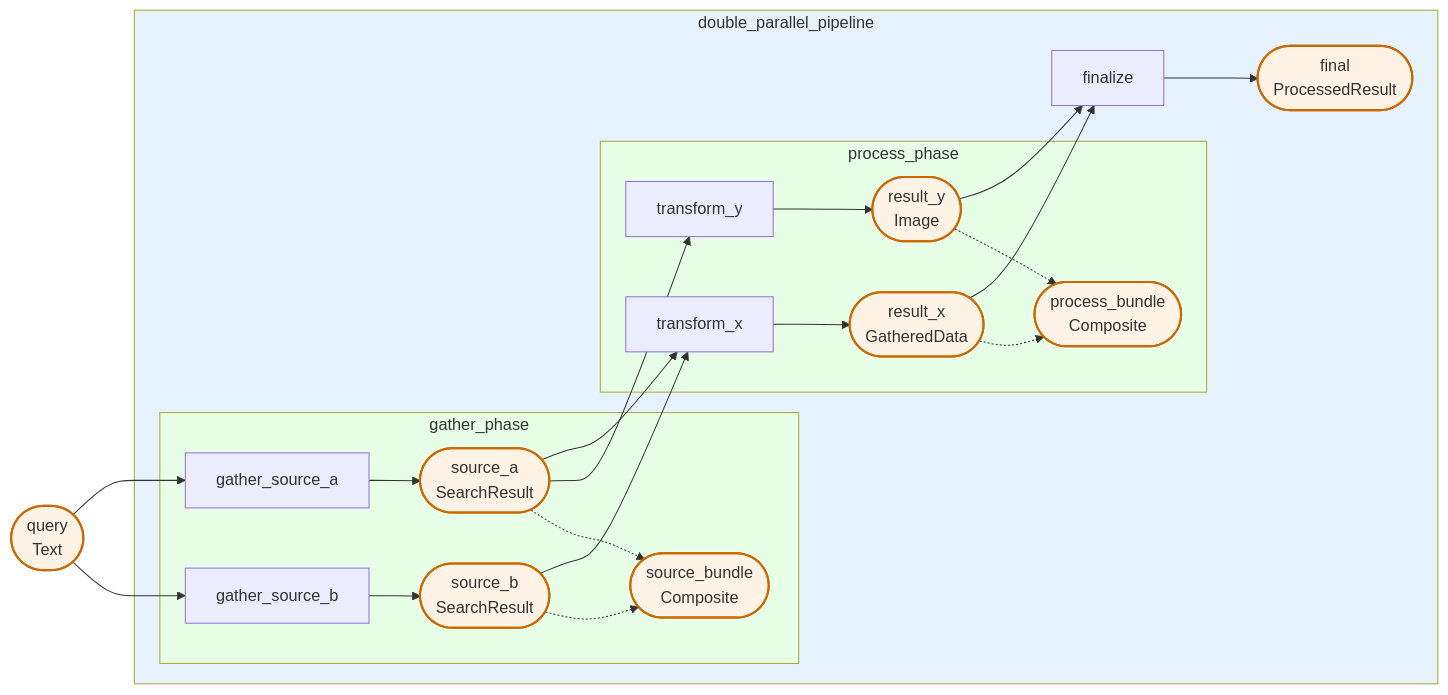
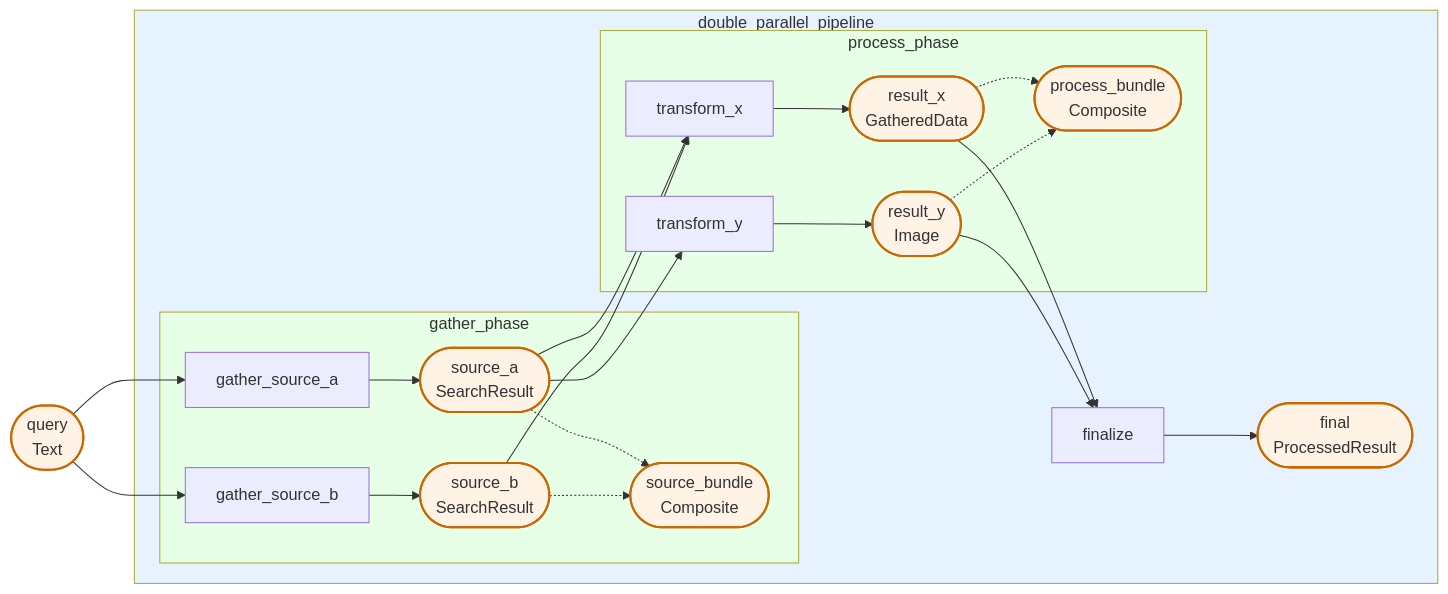
Before and after one commit to Pipelex/mthds-ui: the diagram in data/pipelines/pipeline_23/dry_run_mermaidflow.mmd, drawn with Mermaid. The commit also changed 189 other files, not shown here.

```diff
--- a/data/pipelines/pipeline_23/dry_run_mermaidflow.mmd
+++ b/data/pipelines/pipeline_23/dry_run_mermaidflow.mmd
@@ -1,54 +1,54 @@
 flowchart LR
 
     %% Pipe and stuff nodes within controller subgraphs
-    subgraph sg_n_d3abfe0563["double_parallel_pipeline"]
-        subgraph sg_n_f959411270["gather_phase"]
-            n_c912378372["gather_source_a"]
-            s_5ea8952d61(["source_a<br/>SearchResult"]):::stuff
-            n_e63e45ee04["gather_source_b"]
-            s_fdb34050de(["source_b<br/>SearchResult"]):::stuff
-            s_96a6ab8606(["source_bundle<br/>Composite"]):::stuff
+    subgraph sg_n_08cf1dd881["double_parallel_pipeline"]
+        subgraph sg_n_7a09e63ee6["gather_phase"]
+            n_298ab30245["gather_source_a"]
+            s_a355ad7a3d(["source_a<br/>SearchResult"]):::stuff
+            n_0002521e92["gather_source_b"]
+            s_2757c169f3(["source_b<br/>SearchResult"]):::stuff
+            s_3b94f10321(["source_bundle<br/>Composite"]):::stuff
         end
-        subgraph sg_n_8cbfc1bd77["process_phase"]
-            n_a787ce2550["transform_x"]
-            s_067375575a(["result_x<br/>GatheredData"]):::stuff
-            n_f9c15ab561["transform_y"]
-            s_e5033334fa(["result_y<br/>Image"]):::stuff
-            s_13042c461f(["process_bundle<br/>Composite"]):::stuff
+        subgraph sg_n_646e446d10["process_phase"]
+            n_af8dc729d5["transform_x"]
+            s_9109a8974e(["result_x<br/>GatheredData"]):::stuff
+            n_1eea646cf3["transform_y"]
+            s_b966980475(["result_y<br/>Image"]):::stuff
+            s_bc835b62e1(["process_bundle<br/>Composite"]):::stuff
         end
-        n_030e572250["finalize"]
-        s_af43107a3c(["final<br/>ProcessedResult"]):::stuff
+        n_1a0a3013da["finalize"]
+        s_d5adcadcd4(["final<br/>ProcessedResult"]):::stuff
     end
 
     %% Pipeline input stuff nodes (no producer)
-    s_382d738f97(["query<br/>Text"]):::stuff
+    s_794af19be5(["query<br/>Text"]):::stuff
 
     %% Data flow edges: producer -> stuff -> consumer
-    n_f9c15ab561 --> s_e5033334fa
-    n_e63e45ee04 --> s_fdb34050de
-    n_a787ce2550 --> s_067375575a
-    n_c912378372 --> s_5ea8952d61
-    n_030e572250 --> s_af43107a3c
-    s_e5033334fa --> n_030e572250
-    s_fdb34050de --> n_a787ce2550
-    s_067375575a --> n_030e572250
-    s_382d738f97 --> n_c912378372
-    s_382d738f97 --> n_e63e45ee04
-    s_5ea8952d61 --> n_a787ce2550
-    s_5ea8952d61 --> n_f9c15ab561
+    n_298ab30245 --> s_a355ad7a3d
+    n_1a0a3013da --> s_d5adcadcd4
+    n_0002521e92 --> s_2757c169f3
+    n_af8dc729d5 --> s_9109a8974e
+    n_1eea646cf3 --> s_b966980475
+    s_a355ad7a3d --> n_af8dc729d5
+    s_a355ad7a3d --> n_1eea646cf3
+    s_794af19be5 --> n_298ab30245
+    s_794af19be5 --> n_0002521e92
+    s_2757c169f3 --> n_af8dc729d5
+    s_9109a8974e --> n_1a0a3013da
+    s_b966980475 --> n_1a0a3013da
 
     %% Parallel combine edges: branch outputs → combined output
-    s_5ea8952d61 -.-> s_96a6ab8606
-    s_fdb34050de -.-> s_96a6ab8606
-    s_067375575a -.-> s_13042c461f
-    s_e5033334fa -.-> s_13042c461f
+    s_a355ad7a3d -.-> s_3b94f10321
+    s_2757c169f3 -.-> s_3b94f10321
+    s_9109a8974e -.-> s_bc835b62e1
+    s_b966980475 -.-> s_bc835b62e1
 
     %% Style definitions
     classDef failed fill:#ffcccc,stroke:#cc0000
     classDef stuff fill:#fff3e6,stroke:#cc6600,stroke-width:2px
     classDef controller fill:#e6f3ff,stroke:#0066cc
 
     %% Subgraph depth-based coloring
-    style sg_n_8cbfc1bd77 fill:#e6ffe6
-    style sg_n_d3abfe0563 fill:#e6f3ff
-    style sg_n_f959411270 fill:#e6ffe6
+    style sg_n_08cf1dd881 fill:#e6f3ff
+    style sg_n_646e446d10 fill:#e6ffe6
+    style sg_n_7a09e63ee6 fill:#e6ffe6
```
